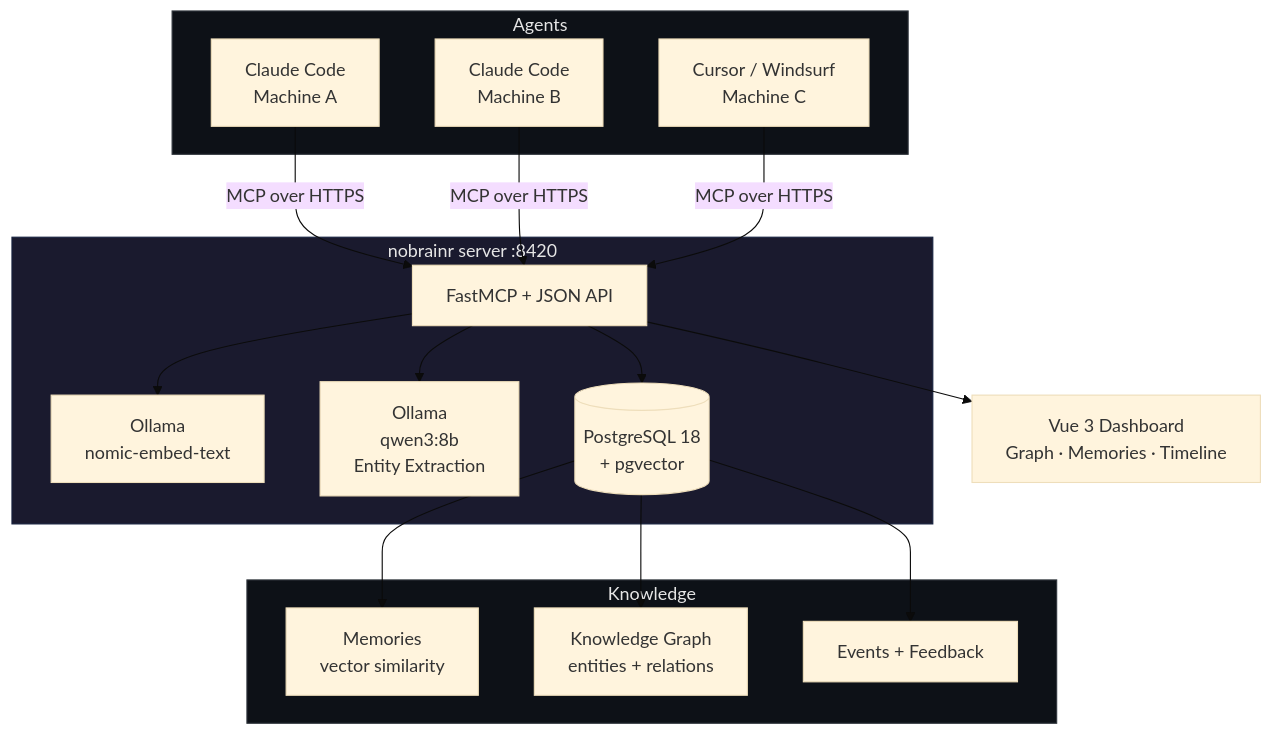
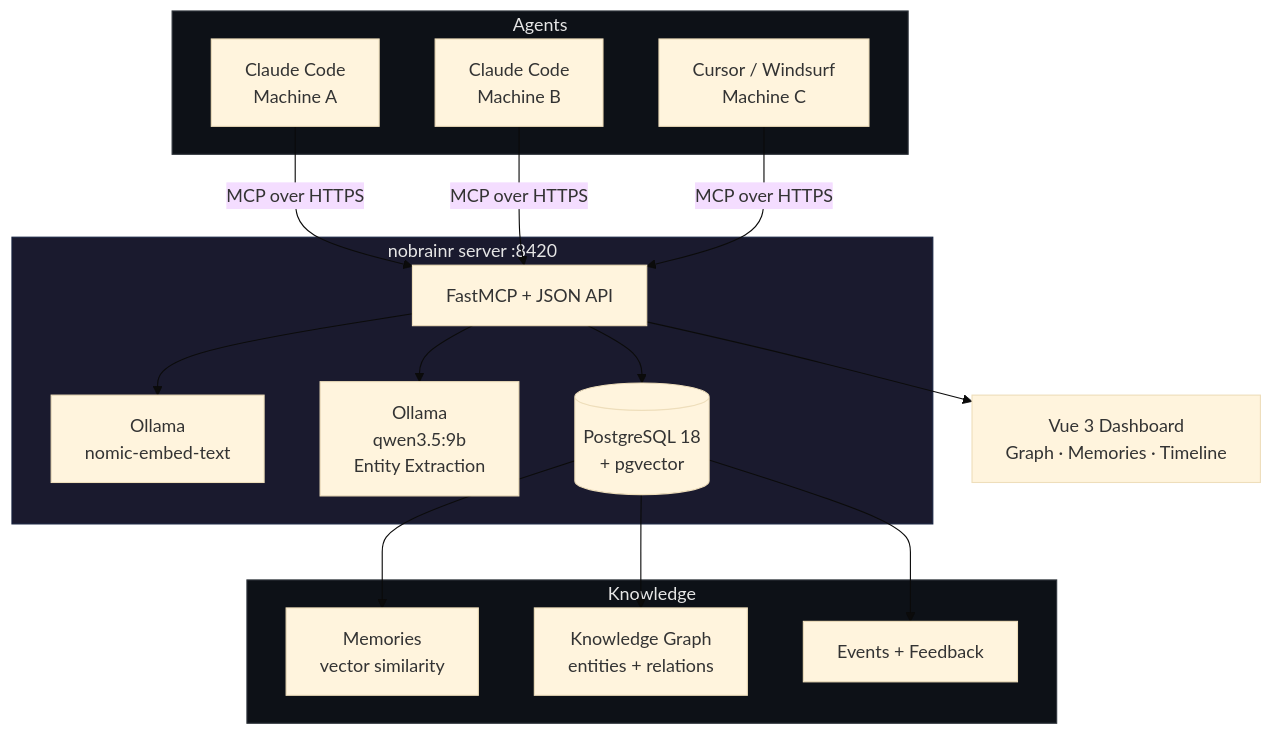
The diagram in README.md (vicquick/nobrainr), drawn with Mermaid (base theme) before and after one commit. The commit also changed other lines of this file and 22 other files, not shown here.

First line of the commit message:
feat: Sigma.js WebGL graph + dashboard UI overhaul

````diff
--- a/README.md
+++ b/README.md
@@ -32,29 +32,29 @@
 ```mermaid
 graph TB
     subgraph Agents
         A1[Claude Code<br/>Machine A]
         A2[Claude Code<br/>Machine B]
         A3[Cursor / Windsurf<br/>Machine C]
     end
 
     A1 & A2 & A3 -->|MCP over HTTPS| NB
 
     subgraph nobrainr [nobrainr server :8420]
         NB[FastMCP + JSON API]
         NB --> EMB[Ollama<br/>nomic-embed-text]
-        NB --> EXT[Ollama<br/>qwen3:8b<br/>Entity Extraction]
+        NB --> EXT[Ollama<br/>qwen3.5:9b<br/>Entity Extraction]
         NB --> PG[(PostgreSQL 18<br/>+ pgvector)]
     end
 
     subgraph Storage [Knowledge]
         PG --> MEM[Memories<br/>vector similarity]
         PG --> KG[Knowledge Graph<br/>entities + relations]
         PG --> EVT[Events + Feedback]
     end
 
     NB --> DASH[Vue 3 Dashboard<br/>Graph · Memories · Timeline]
 
     style nobrainr fill:#1a1a2e,stroke:#16213e,color:#e6e6e6
     style Agents fill:#0d1117,stroke:#30363d,color:#e6e6e6
     style Storage fill:#0d1117,stroke:#30363d,color:#e6e6e6
 ```
````
